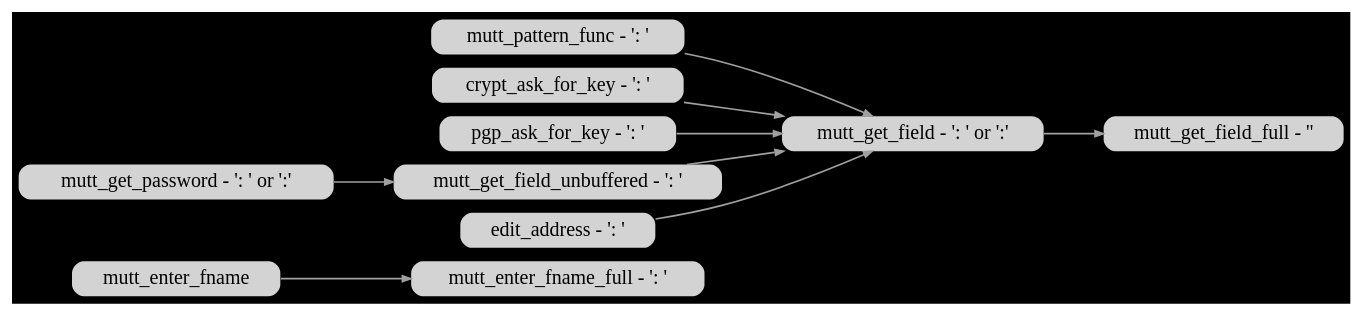
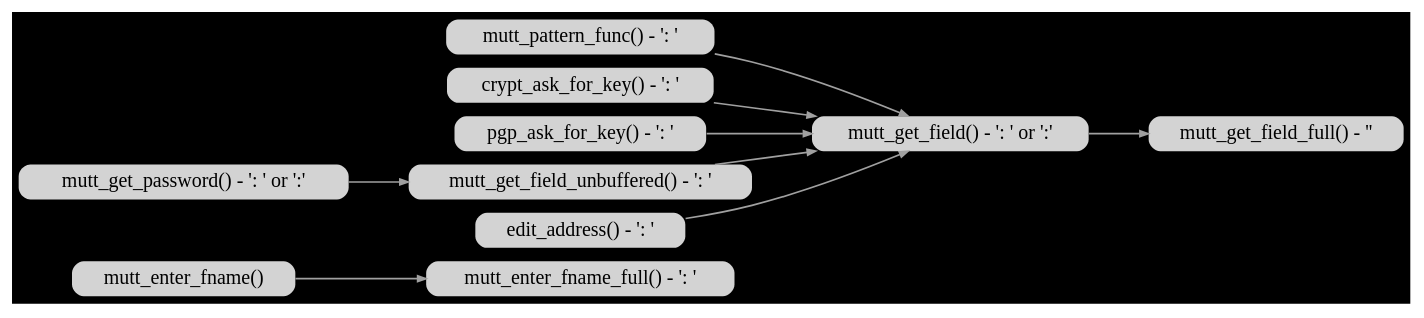
The diagram in get-field.gv (neomutt/flatcap-brain-dump), drawn with Graphviz before and after one commit. The commit also changed 5 other files, not shown here.

```diff
--- a/get-field.gv
+++ b/get-field.gv
@@ -1,46 +1,46 @@
 digraph enter
 {
 	graph [
 		rankdir="LR"
 		bgcolor="black"
 		color="white"
 		nodesep="0.1"
 		ranksep="0.5"
 	];
 
 	node [
 		shape="Mrecord"
 		fontsize="12"
 		style="filled"
 		height="0.2"
 		penwidth="0.0"
 	];
 
 	edge [
 		penwidth="1.0"
 		color="#A0A0A0"
 		arrowsize="0.5"
 	];
 
 
-	mutt_enter_fname_full     [ label="mutt_enter_fname_full - ': '" ]
-	mutt_enter_fname          [ label="mutt_enter_fname" ]
-	mutt_get_field_full       [ label="mutt_get_field_full - ''" ]
-	mutt_get_field            [ label="mutt_get_field - ': ' or ':'" ]
-	mutt_pattern_func         [ label="mutt_pattern_func - ': '" ]
-	crypt_ask_for_key         [ label="crypt_ask_for_key - ': '" ]
-	pgp_ask_for_key           [ label="pgp_ask_for_key - ': '" ]
-	mutt_get_field_unbuffered [ label="mutt_get_field_unbuffered - ': '" ]
-	mutt_get_password         [ label="mutt_get_password - ': ' or ':'" ]
-	edit_address              [ label="edit_address - ': '" ]
+	mutt_enter_fname_full     [ label="mutt_enter_fname_full() - ': '" ]
+	mutt_enter_fname          [ label="mutt_enter_fname()" ]
+	mutt_get_field_full       [ label="mutt_get_field_full() - ''" ]
+	mutt_get_field            [ label="mutt_get_field() - ': ' or ':'" ]
+	mutt_pattern_func         [ label="mutt_pattern_func() - ': '" ]
+	crypt_ask_for_key         [ label="crypt_ask_for_key() - ': '" ]
+	pgp_ask_for_key           [ label="pgp_ask_for_key() - ': '" ]
+	mutt_get_field_unbuffered [ label="mutt_get_field_unbuffered() - ': '" ]
+	mutt_get_password         [ label="mutt_get_password() - ': ' or ':'" ]
+	edit_address              [ label="edit_address() - ': '" ]
 
 	crypt_ask_for_key         -> mutt_get_field
 	edit_address              -> mutt_get_field
 	mutt_enter_fname          -> mutt_enter_fname_full
 	mutt_get_field            -> mutt_get_field_full
 	mutt_get_field_unbuffered -> mutt_get_field
 	mutt_get_password         -> mutt_get_field_unbuffered
 	mutt_pattern_func         -> mutt_get_field
 	pgp_ask_for_key           -> mutt_get_field
 
 }
```
